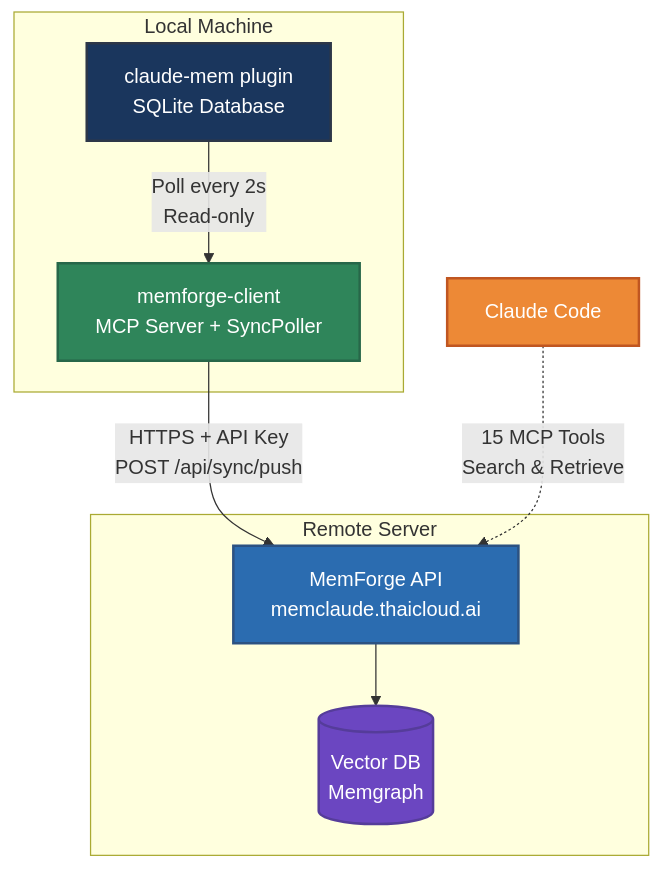
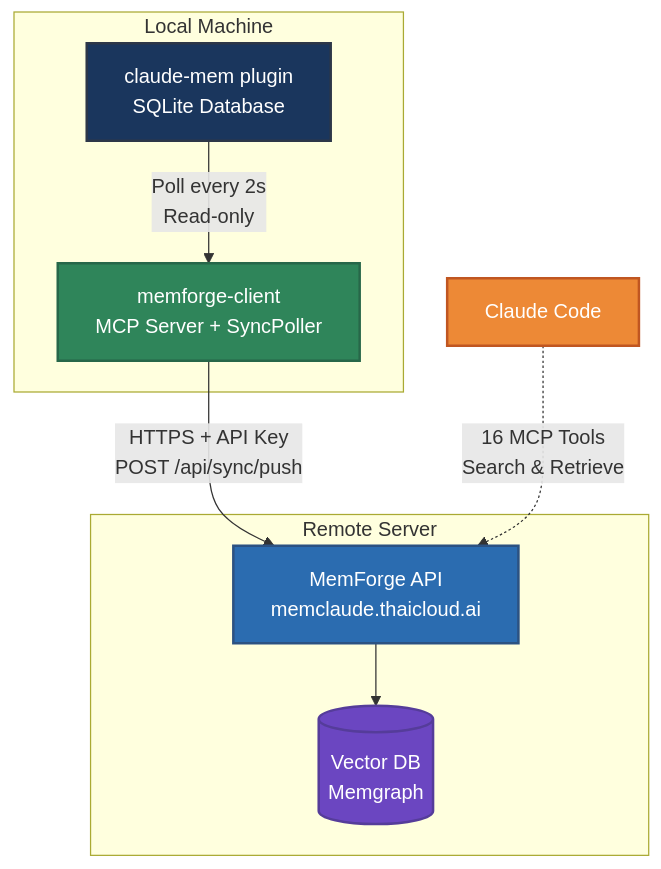
Before and after one commit to pitimon/c-memforge: the first of 2 diagrams in README.md, drawn with Mermaid. The commit also changed other lines of this file and 1 other file, not shown here.

First line of the commit message:
docs: fix tool count (16), add missing tools, remove stale references

````diff
--- a/README.md
+++ b/README.md
@@ -198,24 +205,24 @@
 ```mermaid
 graph TB
     subgraph "Local Machine"
         CM[claude-mem plugin<br/>SQLite Database]
         MFC[memforge-client<br/>MCP Server + SyncPoller]
     end
 
     subgraph "Remote Server"
         API[MemForge API<br/>memclaude.thaicloud.ai]
         VDB[(Vector DB<br/>Memgraph)]
     end
 
     CM -->|Poll every 2s<br/>Read-only| MFC
     MFC -->|HTTPS + API Key<br/>POST /api/sync/push| API
     API --> VDB
 
-    User[Claude Code] -.->|15 MCP Tools<br/>Search & Retrieve| API
+    User[Claude Code] -.->|16 MCP Tools<br/>Search & Retrieve| API
 
     style CM fill:#1a365d,stroke:#2d3748,stroke-width:2px,color:#fff
     style MFC fill:#2f855a,stroke:#276749,stroke-width:2px,color:#fff
     style API fill:#2b6cb0,stroke:#2c5282,stroke-width:2px,color:#fff
     style VDB fill:#6b46c1,stroke:#553c9a,stroke-width:2px,color:#fff
     style User fill:#ed8936,stroke:#c05621,stroke-width:2px,color:#fff
 ```
````
